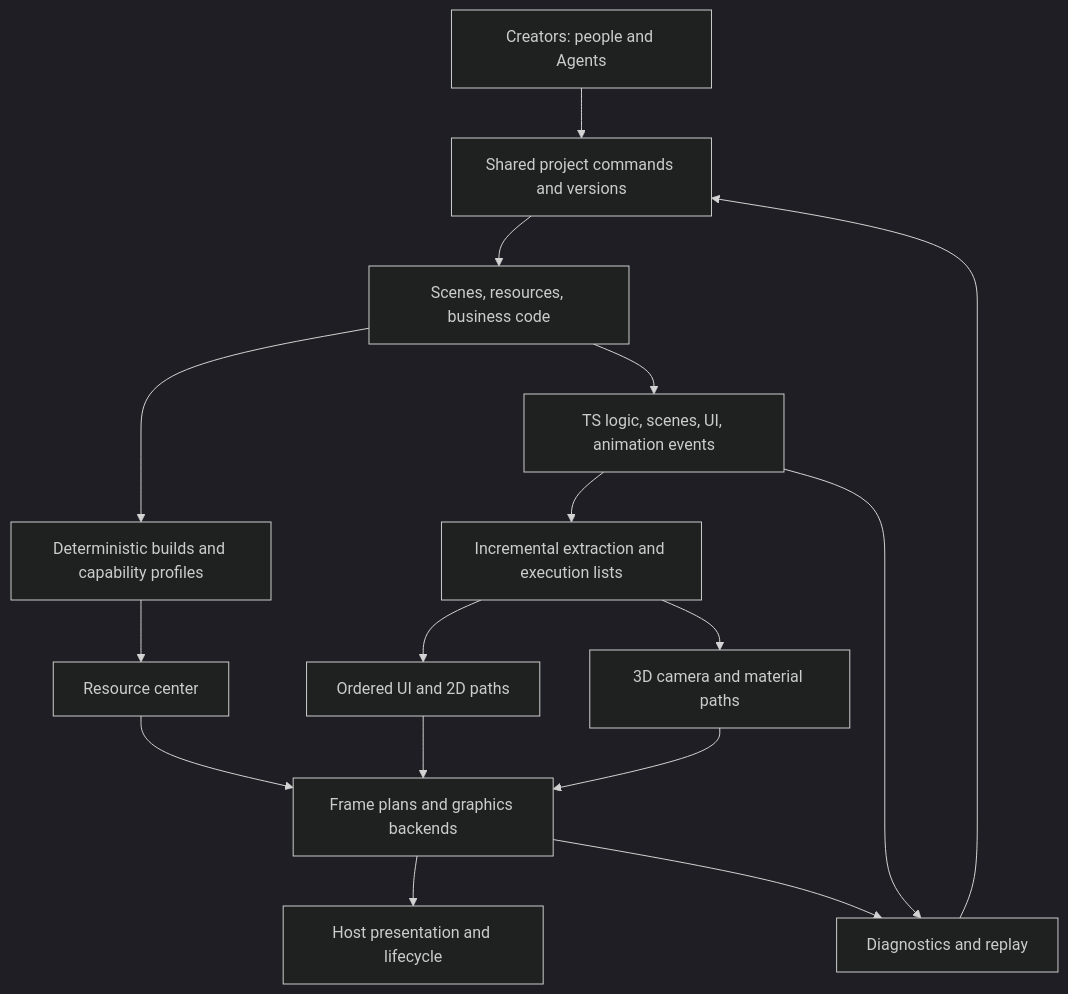
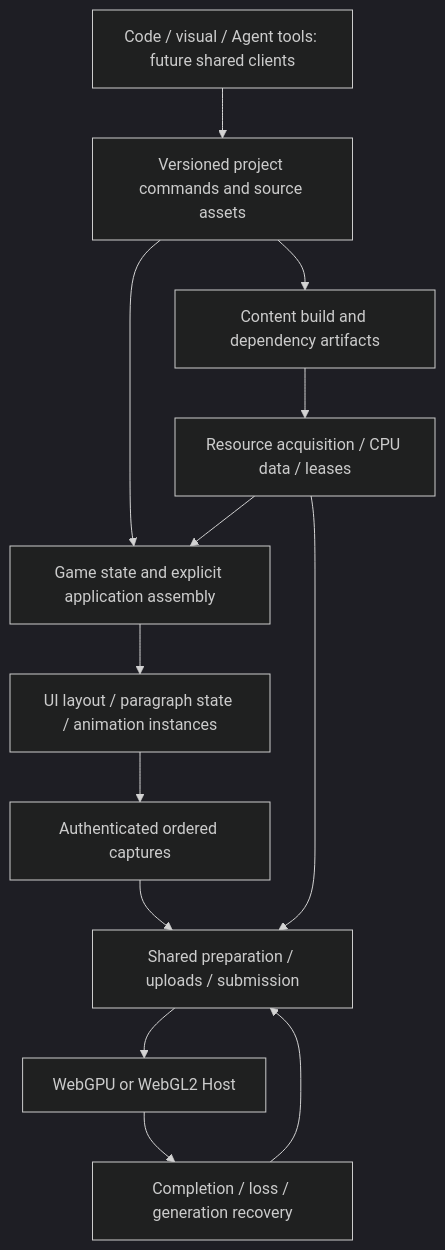
One commit to cnedwin/Egret_rebuild changed the diagram in knowledge-base/en/docs/technical-white-paper.md. Above: the diagram before and after it, drawn with Mermaid (dark theme). The commit also changed other lines of this file and 36 other files, not shown here.

Commit message:
docs: reconcile product, core progress and next-phase roadmap

````diff
--- a/knowledge-base/en/docs/technical-white-paper.md
+++ b/knowledge-base/en/docs/technical-white-paper.md
@@ -19,18 +17,15 @@
 ```mermaid
 flowchart TD
-  A[Creators: people and Agents] --> B[Shared project commands and versions]
-  B --> C[Scenes, resources, business code]
-  C --> D[Deterministic builds and capability profiles]
-  C --> E[TS logic, scenes, UI, animation events]
-  E --> F[Incremental extraction and execution lists]
-  D --> G[Resource center]
-  F --> H[Ordered UI and 2D paths]
-  F --> I[3D camera and material paths]
-  H --> J[Frame plans and graphics backends]
-  I --> J
-  G --> J
-  J --> K[Host presentation and lifecycle]
-  E --> L[Diagnostics and replay]
-  J --> L
-  L --> B
+    A[Code / visual / Agent tools: future shared clients] --> P[Versioned project commands and source assets]
+    P --> B[Content build and dependency artifacts]
+    P --> G[Game state and explicit application assembly]
+    B --> R[Resource acquisition / CPU data / leases]
+    R --> G
+    G --> U[UI layout / paragraph state / animation instances]
+    U --> C[Authenticated ordered captures]
+    C --> E[Shared preparation / uploads / submission]
+    E --> H[WebGPU or WebGL2 Host]
+    R --> E
+    H --> D[Completion / loss / generation recovery]
+    D --> E
 ```
````
